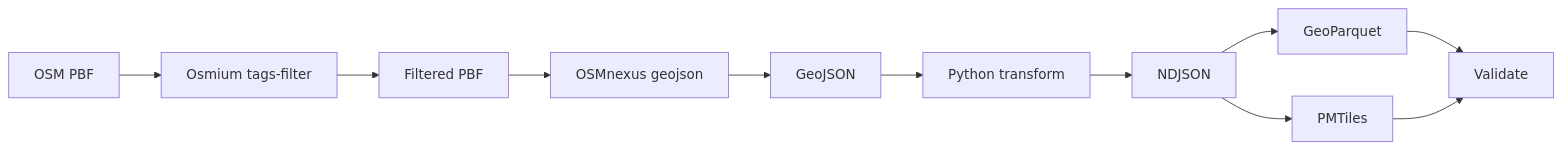
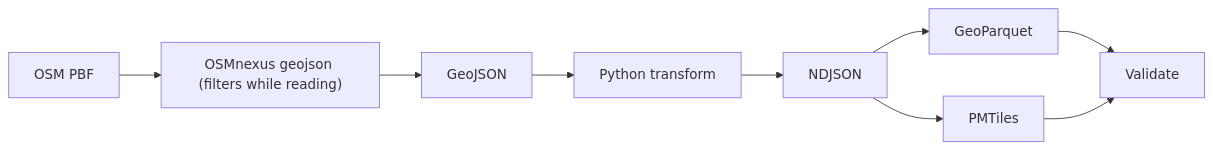
Before and after one commit to tordans/osm-processing-pipeline-comparison: the seventh of 9 diagrams in results/summary.md, drawn with Mermaid. The commit also changed other lines of this file, not shown here.

````diff
--- a/results/summary.md
+++ b/results/summary.md
@@ -211,19 +225,17 @@
 ```mermaid
 flowchart LR
   inputPbf["OSM PBF"]
-  osmiumFilter["Osmium tags-filter"]
-  filteredPbf["Filtered PBF"]
-  osmnexusGeojson["OSMnexus geojson"]
+  osmnexusGeojson["OSMnexus geojson (filters while reading)"]
   geojson["GeoJSON"]
   pyTransform["Python transform"]
   ndjson["NDJSON"]
   geoParquet["GeoParquet"]
   pmtiles["PMTiles"]
   validate["Validate"]
 
-  inputPbf --> osmiumFilter --> filteredPbf --> osmnexusGeojson --> geojson --> pyTransform --> ndjson
+  inputPbf --> osmnexusGeojson --> geojson --> pyTransform --> ndjson
   ndjson --> geoParquet
   ndjson --> pmtiles
   geoParquet --> validate
   pmtiles --> validate
 ```
````
